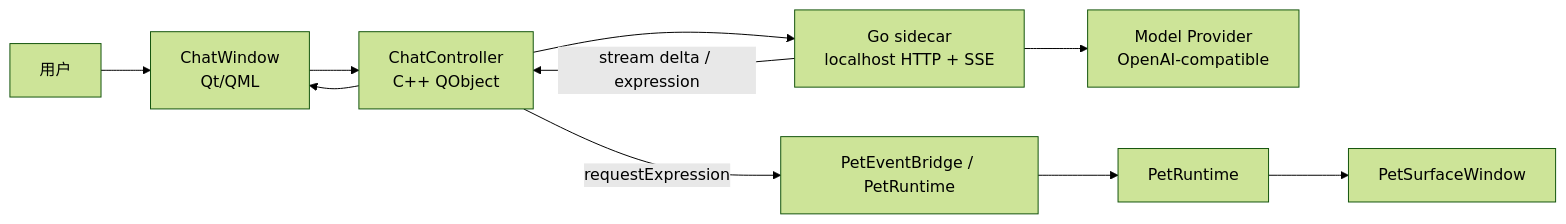
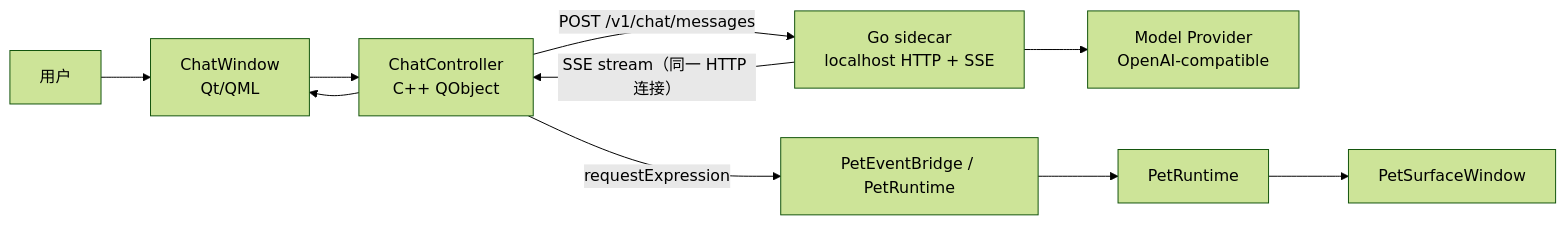
One commit to tiantian180/MilesEdgeworth changed the diagram in docs/v2/阶段记录/Phase 2 AI 聊天粗规划.md. Above: the diagram before and after it, drawn with Mermaid (forest theme). The commit also changed other lines of this file and 30 other files, not shown here.

````diff
--- a/docs/v2/阶段记录/Phase 2 AI 聊天粗规划.md
+++ b/docs/v2/阶段记录/Phase 2 AI 聊天粗规划.md
@@ -61,20 +61,20 @@
 ```mermaid
 flowchart LR
     User["用户"]
     Chat["ChatWindow<br/>Qt/QML"]
     Controller["ChatController<br/>C++ QObject"]
     Sidecar["Go sidecar<br/>localhost HTTP + SSE"]
     Provider["Model Provider<br/>OpenAI-compatible"]
     PetBridge["PetEventBridge / PetRuntime"]
     Pet["PetSurfaceWindow"]
 
     User --> Chat
     Chat --> Controller
-    Controller --> Sidecar
+    Controller -- POST /v1/chat/messages --> Sidecar
     Sidecar --> Provider
-    Sidecar -- stream delta / expression --> Controller
+    Sidecar -- SSE stream（同一 HTTP 连接） --> Controller
     Controller --> Chat
     Controller -- requestExpression --> PetBridge
     PetBridge --> PetRuntime["PetRuntime"]
     PetRuntime --> Pet
 ```
````
